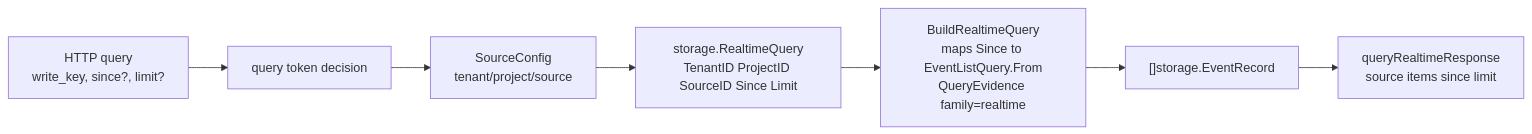
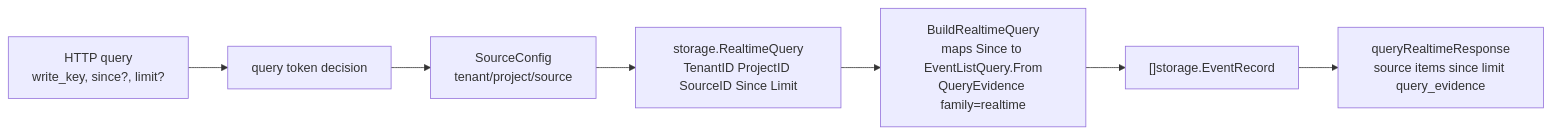
Before and after one commit to RoggerZ/uba: the fifth of 12 diagrams in docs/analytics-source-reading/collectapi-query-and-tracker-flow.md, drawn with Mermaid. The commit also changed other lines of this file and 1 other file, not shown here.

First line of the commit message:
Align readback source notes with query evidence

````diff
--- a/docs/analytics-source-reading/collectapi-query-and-tracker-flow.md
+++ b/docs/analytics-source-reading/collectapi-query-and-tracker-flow.md
@@ -972,9 +1004,9 @@
 ```mermaid
 flowchart LR
     Http["HTTP query<br/>write_key, since?, limit?"] --> Token["query token decision"]
     Token --> Source["SourceConfig<br/>tenant/project/source"]
     Source --> RealtimeQuery["storage.RealtimeQuery<br/>TenantID ProjectID SourceID Since Limit"]
     RealtimeQuery --> Plan["BuildRealtimeQuery<br/>maps Since to EventListQuery.From<br/>QueryEvidence family=realtime"]
     Plan --> Records["[]storage.EventRecord"]
-    Records --> Response["queryRealtimeResponse<br/>source items since limit"]
+    Records --> Response["queryRealtimeResponse<br/>source items since limit query_evidence"]
 ```
````
